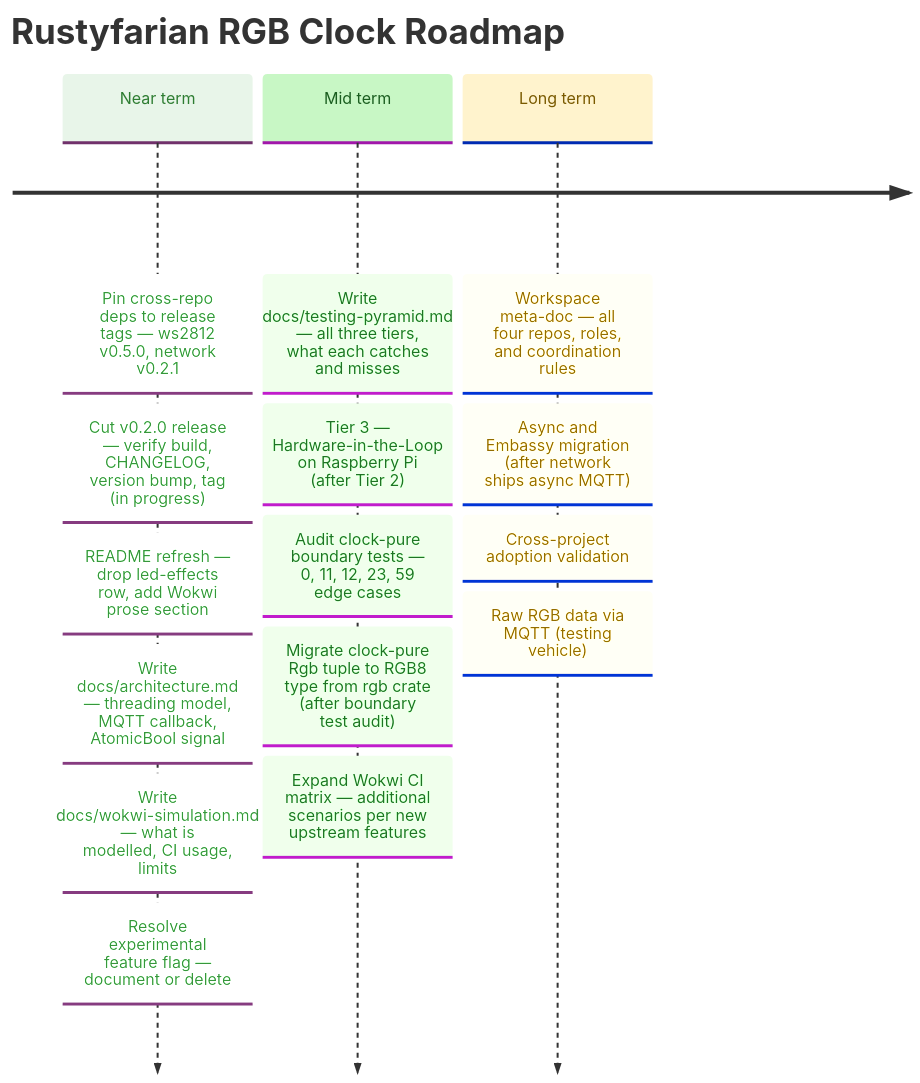
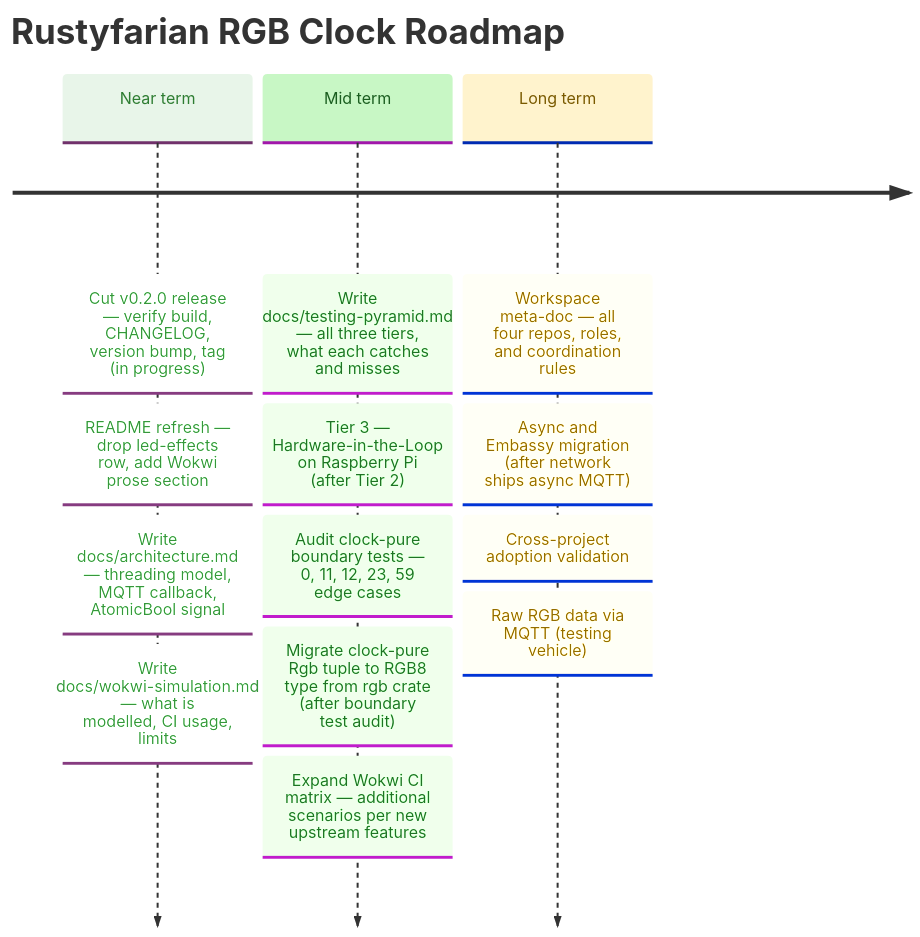
One commit to datenkollektiv/rustyfarian-rgb-clock changed the diagram in docs/ROADMAP.md. Above: the diagram before and after it, drawn with Mermaid. The commit also changed 2 other files, not shown here.

Commit message:
Roadmap Hygiene 2026-05-12

````diff
--- a/docs/ROADMAP.md
+++ b/docs/ROADMAP.md
@@ -9,36 +9,34 @@
 ```mermaid
 %%{init: {
   "theme": "base",
   "themeVariables": {
     "cScale0": "#e8f5e9",
     "cScaleLabel0": "#2e7d32",
     "cScale1": "#c8f7c5",
     "cScaleLabel1": "#1b5e20",
     "cScale2": "#fff3cd",
     "cScaleLabel2": "#7a5a00",
     "cScale3": "#e3f2fd",
     "cScaleLabel3": "#0d47a1"
   }
 }}%%
 
 timeline
     title Rustyfarian RGB Clock Roadmap
 
-    Near term : Pin cross-repo deps to release tags — ws2812 v0.5.0, network v0.2.1
-              : Cut v0.2.0 release — verify build, CHANGELOG, version bump, tag (in progress)
+    Near term : Cut v0.2.0 release — verify build, CHANGELOG, version bump, tag (in progress)
               : README refresh — drop led-effects row, add Wokwi prose section
               : Write docs/architecture.md — threading model, MQTT callback, AtomicBool signal
               : Write docs/wokwi-simulation.md — what is modelled, CI usage, limits
-              : Resolve experimental feature flag — document or delete
 
     Mid term  : Write docs/testing-pyramid.md — all three tiers, what each catches and misses
               : Tier 3 — Hardware-in-the-Loop on Raspberry Pi (after Tier 2)
               : Audit clock-pure boundary tests — 0, 11, 12, 23, 59 edge cases
               : Migrate clock-pure Rgb tuple to RGB8 type from rgb crate (after boundary test audit)
               : Expand Wokwi CI matrix — additional scenarios per new upstream features
 
     Long term : Workspace meta-doc — all four repos, roles, and coordination rules
               : Async and Embassy migration (after network ships async MQTT)
               : Cross-project adoption validation
               : Raw RGB data via MQTT (testing vehicle)
 ```
````
